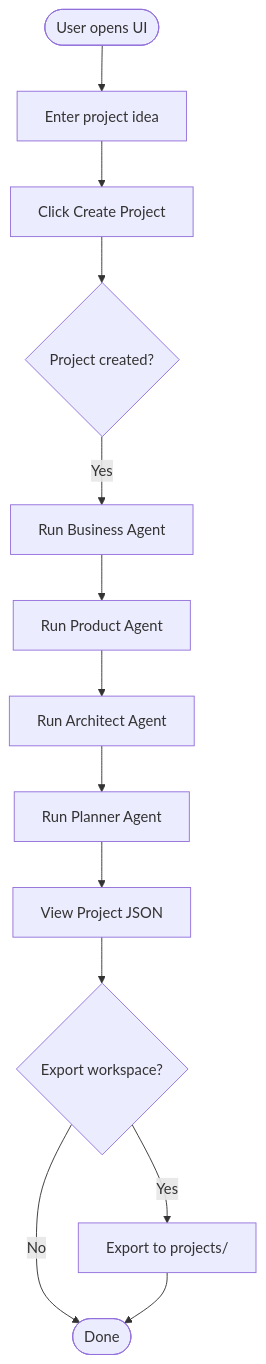
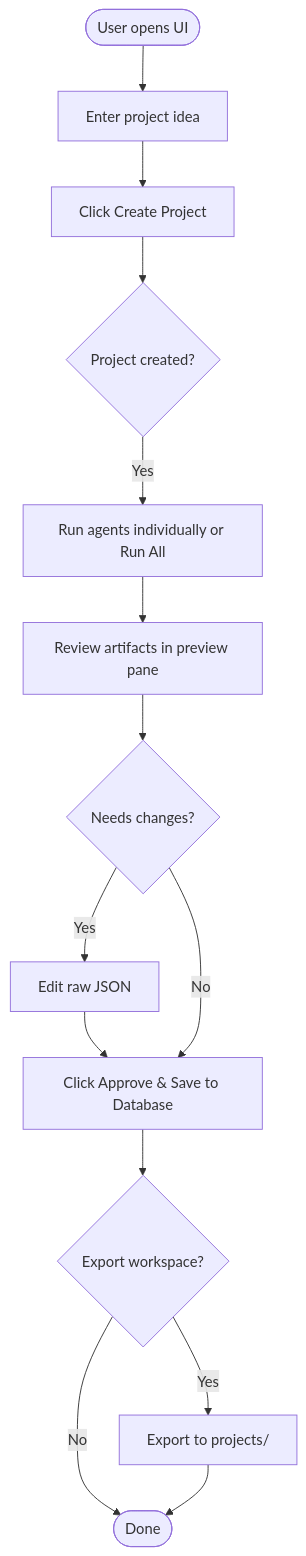
The third of 13 diagrams in docs/tech-stack.md (williamjxj/idea2spec), drawn with Mermaid before and after one commit. The commit also changed other lines of this file and 4 other files, not shown here.

First line of the commit message:
Update docs: README, tech-stack, roadmap, kb, AGENTS.md for current state

````diff
--- a/docs/tech-stack.md
+++ b/docs/tech-stack.md
@@ -91,15 +95,16 @@
 ```mermaid
 flowchart TD
   Start([User opens UI]) --> EnterIdea[Enter project idea]
   EnterIdea --> Create[Click Create Project]
   Create --> HasProject{Project created?}
-  HasProject -->|Yes| RunBiz[Run Business Agent]
-  RunBiz --> RunProd[Run Product Agent]
-  RunProd --> RunArch[Run Architect Agent]
-  RunArch --> RunPlan[Run Planner Agent]
-  RunPlan --> ViewJSON[View Project JSON]
-  ViewJSON --> ExportBtn{Export workspace?}
+  HasProject -->|Yes| RunAgents[Run agents individually or Run All]
+  RunAgents --> Preview[Review artifacts in preview pane]
+  Preview --> Edit{Needs changes?}
+  Edit -->|Yes| RawJSON[Edit raw JSON]
+  RawJSON --> Approve
+  Edit -->|No| Approve[Click Approve & Save to Database]
+  Approve --> ExportBtn{Export workspace?}
   ExportBtn -->|Yes| Export[Export to projects/]
   ExportBtn -->|No| Done([Done])
   Export --> Done
 ```
````
